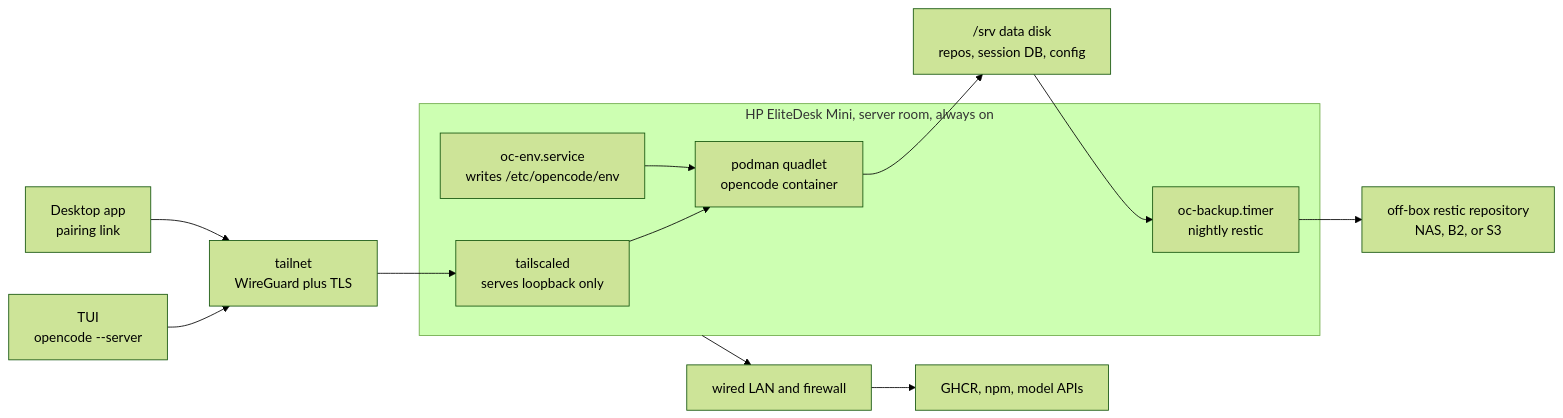
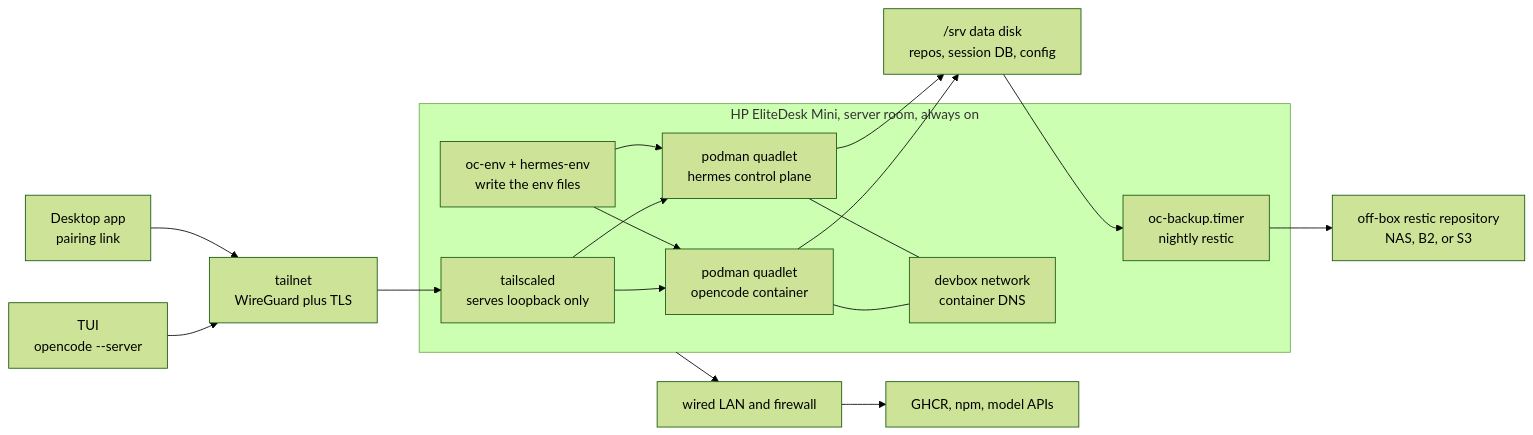
The diagram in README.md (ultus-net/devbox-oc), drawn with Mermaid (forest theme) before and after one commit. The commit also changed other lines of this file and 20 other files, not shown here.

First line of the commit message:
feat: run the Hermes control plane beside OpenCode

````diff
--- a/README.md
+++ b/README.md
@@ -22,19 +22,26 @@
 ```mermaid
 flowchart LR
   TUI["TUI<br/>opencode --server"] --> TN
   DESK["Desktop app<br/>pairing link"] --> TN
   TN["tailnet<br/>WireGuard plus TLS"] --> HOST
   subgraph BOX["HP EliteDesk Mini, server room, always on"]
     HOST["tailscaled<br/>serves loopback only"]
     Q["podman quadlet<br/>opencode container"]
-    ENV["oc-env.service<br/>writes /etc/opencode/env"]
+    H["podman quadlet<br/>hermes control plane"]
+    ENV["oc-env + hermes-env<br/>write the env files"]
+    NET2["devbox network<br/>container DNS"]
     BK["oc-backup.timer<br/>nightly restic"]
     HOST --> Q
+    HOST --> H
     ENV --> Q
+    ENV --> H
+    Q --- NET2
+    H --- NET2
   end
   Q --> DD["/srv data disk<br/>repos, session DB, config"]
+  H --> DD
   DD --> BK
   BK --> OFF["off-box restic repository<br/>NAS, B2, or S3"]
   BOX --> LAN["wired LAN and firewall"]
   LAN --> NET["GHCR, npm, model APIs"]
 ```
````
